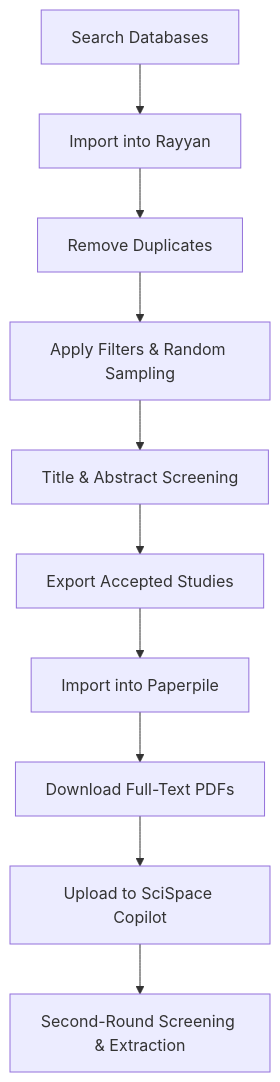
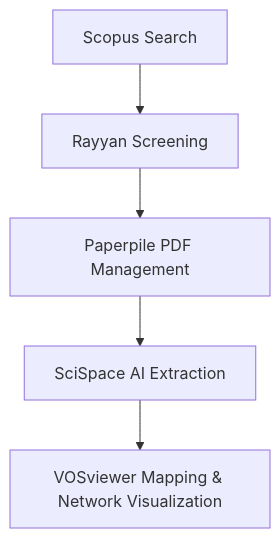
The diagram in readme.md (Narmilan-A/Systematic-Review-Toolkit), drawn with Mermaid before and after one commit. The commit also changed other lines of this file, not shown here.

````diff
--- a/readme.md
+++ b/readme.md
@@ -21,12 +24,7 @@
 ```mermaid
 graph TD
-    A[Search Databases] --> B[Import into Rayyan]
-    B --> C[Remove Duplicates]
-    C --> D[Apply Filters & Random Sampling]
-    D --> E[Title & Abstract Screening]
-    E --> F[Export Accepted Studies]
-    F --> G[Import into Paperpile]
-    G --> H[Download Full-Text PDFs]
-    H --> I[Upload to SciSpace Copilot]
-    I --> J[Second-Round Screening & Extraction]
+    A[Scopus Search] --> B[Rayyan Screening]
+    B --> C[Paperpile PDF Management]
+    C --> D[SciSpace AI Extraction]
+    D --> E[VOSviewer Mapping & Network Visualization]
 ```
````
